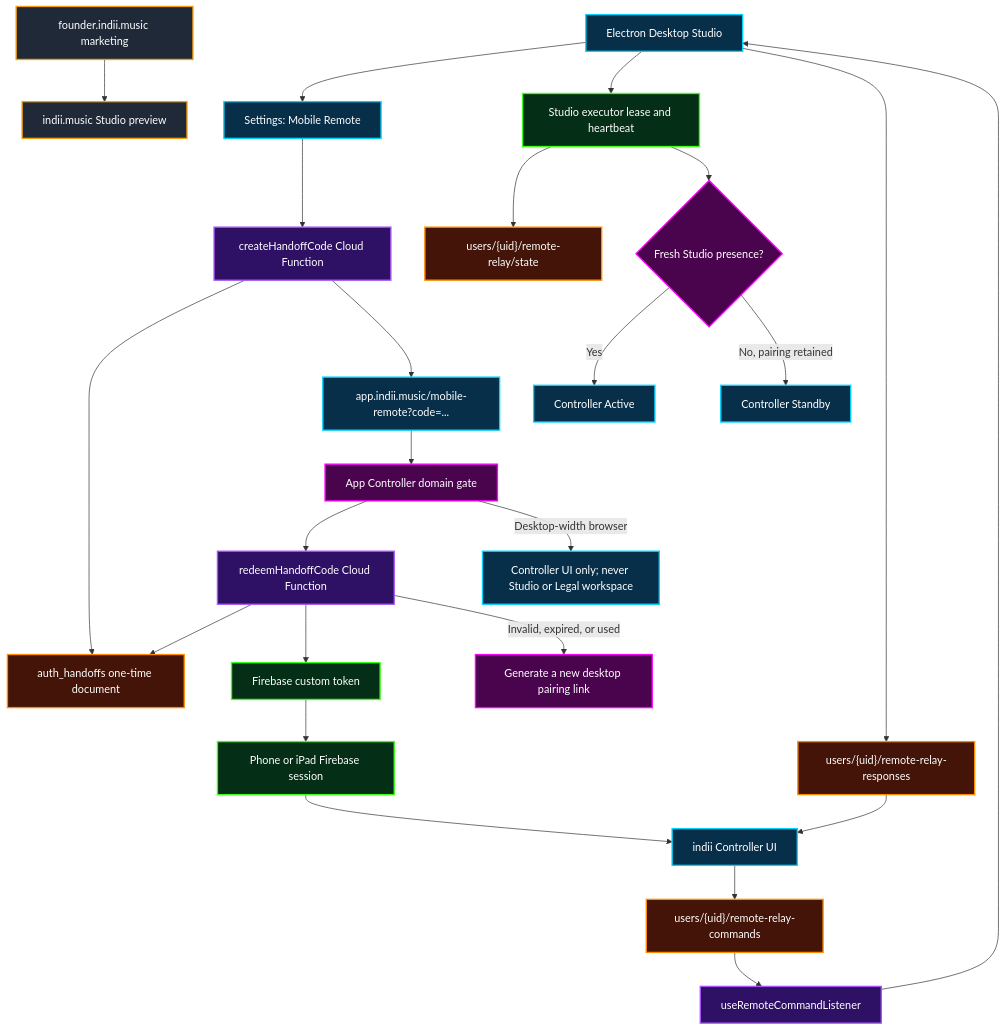
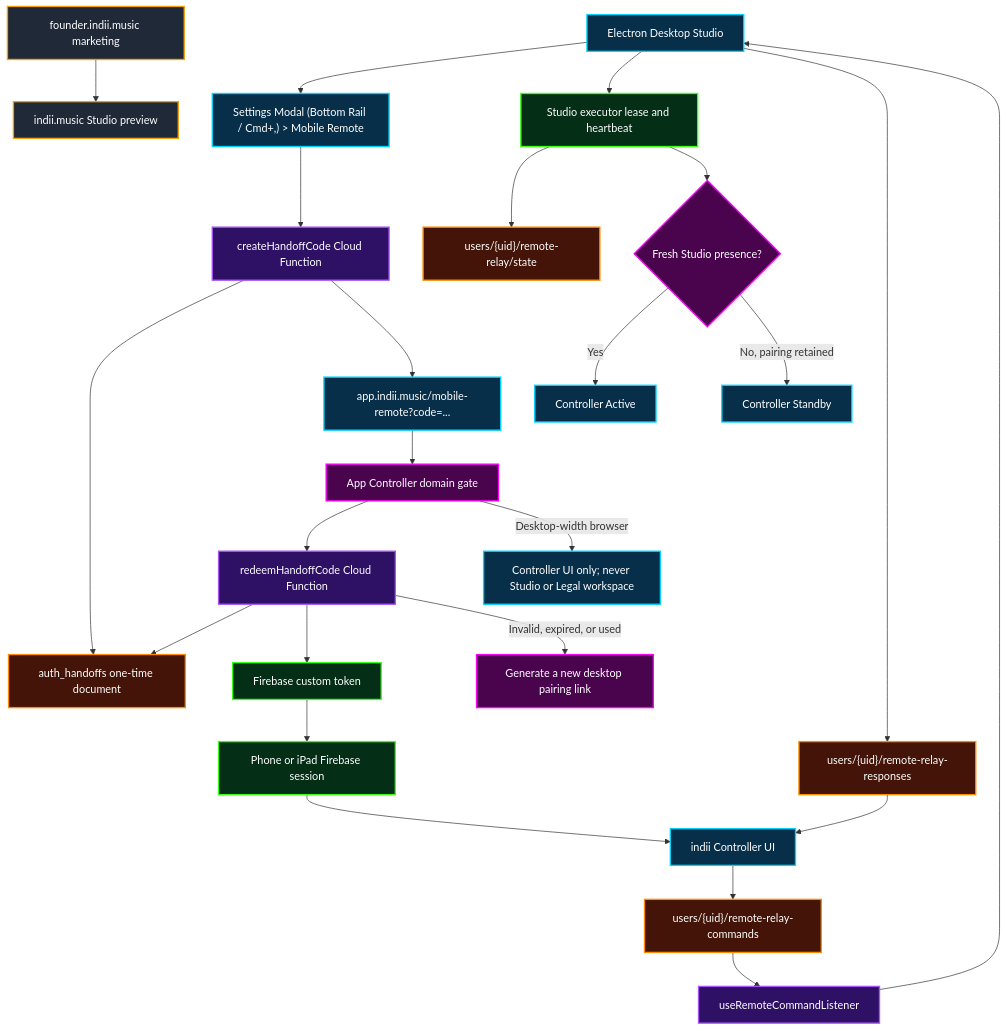
The diagram in docs/flowcharts/mobile-controller-one-click-handoff.md (indii-music-founder/indii-music-founder), drawn with Mermaid before and after one commit. The commit also changed other lines of this file and 40 other files, not shown here.

First line of the commit message:
refactor(nav): realign tools to bottom rail, drawers, and departments

````diff
--- a/docs/flowcharts/mobile-controller-one-click-handoff.md
+++ b/docs/flowcharts/mobile-controller-one-click-handoff.md
@@ -5,40 +5,40 @@
 ```mermaid
 flowchart TD
     Founder["founder.indii.music marketing"] --> StudioPreview["indii.music Studio preview"]
-    Electron["Electron Desktop Studio"] --> RemoteSettings["Settings: Mobile Remote"]
+    Electron["Electron Desktop Studio"] --> RemoteSettings["Settings Modal (Bottom Rail / Cmd+,) > Mobile Remote"]
     RemoteSettings --> CreateCode["createHandoffCode Cloud Function"]
     CreateCode --> HandoffDoc["auth_handoffs one-time document"]
     CreateCode --> PairLink["app.indii.music/mobile-remote?code=..."]
     PairLink --> ControllerGate["App Controller domain gate"]
     ControllerGate --> Redeem["redeemHandoffCode Cloud Function"]
     Redeem --> HandoffDoc
     Redeem --> CustomToken["Firebase custom token"]
     CustomToken --> PhoneAuth["Phone or iPad Firebase session"]
     PhoneAuth --> Controller["indii Controller UI"]
     Electron --> StudioLease["Studio executor lease and heartbeat"]
     StudioLease --> RelayState["users/{uid}/remote-relay/state"]
     Controller --> CommandQueue["users/{uid}/remote-relay-commands"]
     CommandQueue --> StudioListener["useRemoteCommandListener"]
     StudioListener --> Electron
     Electron --> ResponseQueue["users/{uid}/remote-relay-responses"]
     ResponseQueue --> Controller
     StudioLease --> PresenceGate{"Fresh Studio presence?"}
     PresenceGate -->|"Yes"| Active["Controller Active"]
     PresenceGate -->|"No, pairing retained"| Standby["Controller Standby"]
     Redeem -->|"Invalid, expired, or used"| PairingError["Generate a new desktop pairing link"]
     ControllerGate -->|"Desktop-width browser"| ControllerOnly["Controller UI only; never Studio or Legal workspace"]
 
     classDef marketing fill:#1f2937,stroke:#f59e0b,stroke-width:2px,color:#fff;
     classDef ui fill:#082f49,stroke:#00d4ff,stroke-width:2px,color:#fff;
     classDef service fill:#2e1065,stroke:#a855f7,stroke-width:2px,color:#fff;
     classDef data fill:#431407,stroke:#ff8c00,stroke-width:2px,color:#fff;
     classDef cloud fill:#052e16,stroke:#39ff14,stroke-width:2px,color:#fff;
     classDef gate fill:#4a044e,stroke:#ff00ff,stroke-width:2px,color:#fff;
 
     class Founder,StudioPreview marketing;
     class Electron,RemoteSettings,PairLink,Controller,Active,Standby,ControllerOnly ui;
     class CreateCode,Redeem,StudioListener service;
     class HandoffDoc,RelayState,CommandQueue,ResponseQueue data;
     class CustomToken,PhoneAuth,StudioLease cloud;
     class ControllerGate,PresenceGate,PairingError gate;
 ```
````
